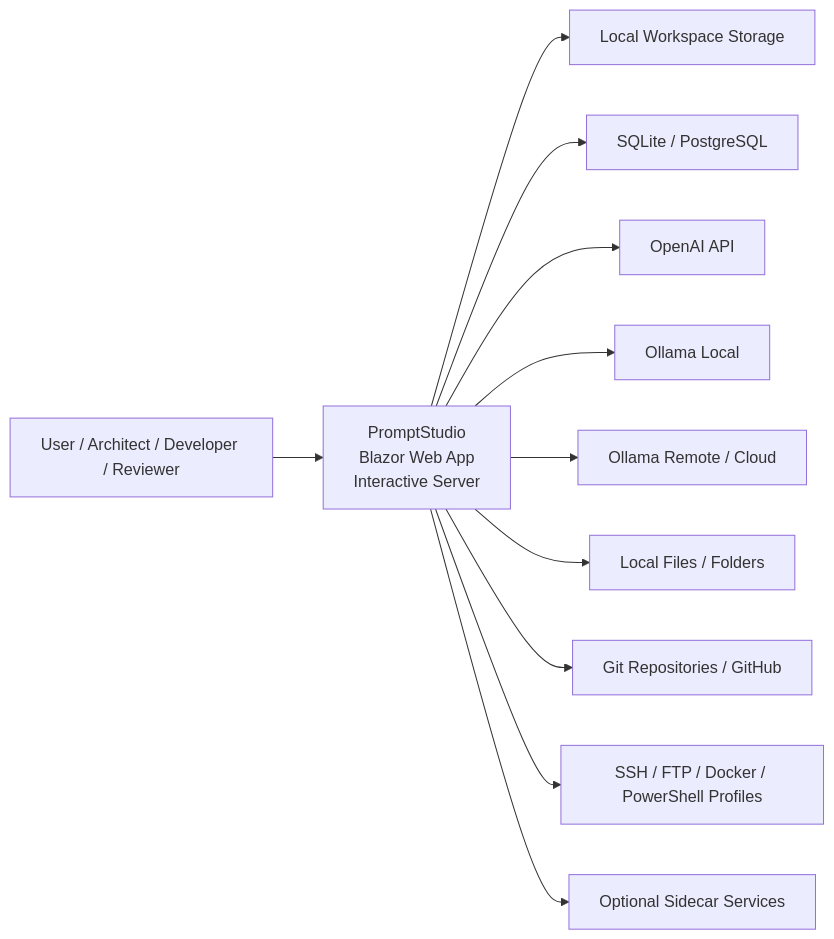
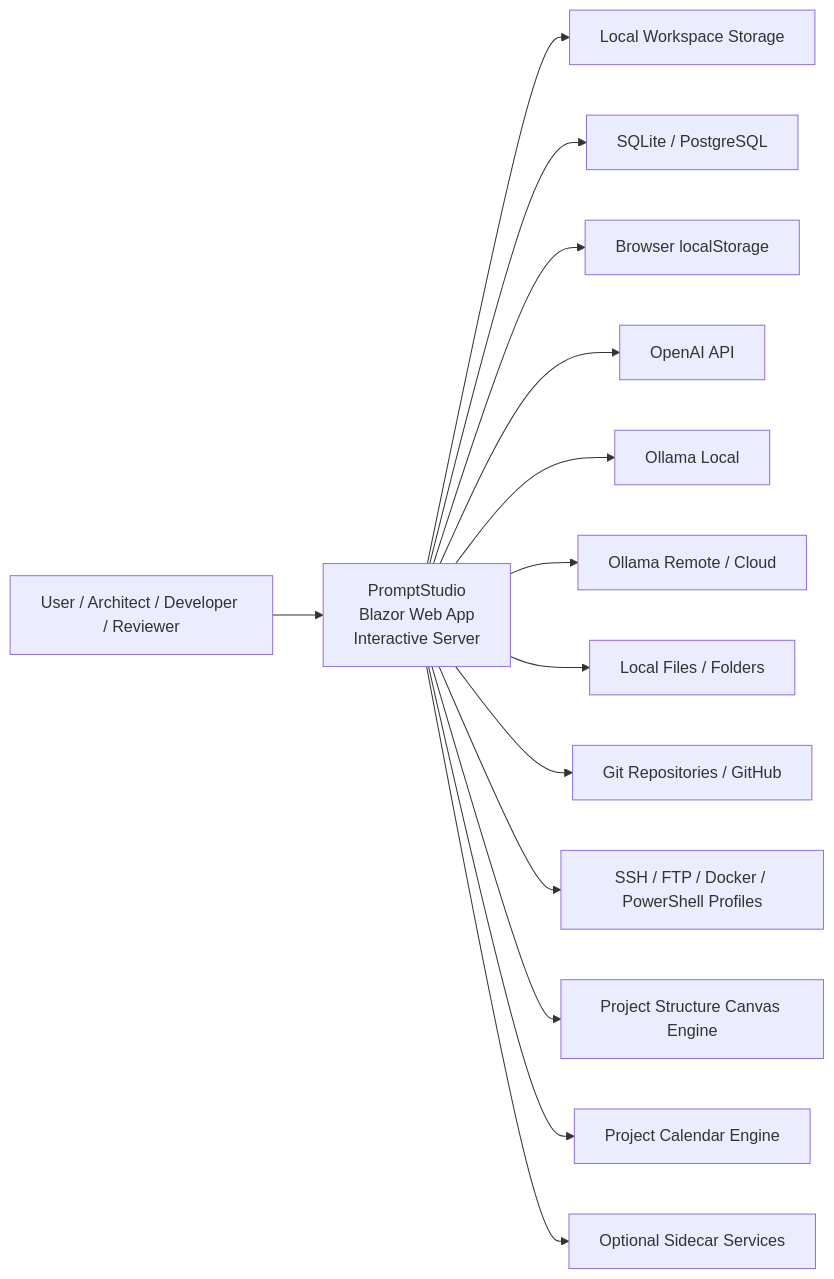
Before and after one commit to fyziktom/CanDoItAll: the diagram in PromptStudio_Architecture_Package/diagrams/01-system-context.mmd, drawn with Mermaid. The commit also changed 26 other files, not shown here.

Commit message:
improve architecture info

```diff
--- a/PromptStudio_Architecture_Package/diagrams/01-system-context.mmd
+++ b/PromptStudio_Architecture_Package/diagrams/01-system-context.mmd
@@ -1,24 +1,30 @@
 %% 01-system-context.mmd
 flowchart LR
     User["User / Architect / Developer / Reviewer"]
     PromptStudio["PromptStudio<br/>Blazor Web App<br/>Interactive Server"]
     Workspace["Local Workspace Storage"]
     DB["SQLite / PostgreSQL"]
+    BrowserState["Browser localStorage"]
     OpenAI["OpenAI API"]
     OllamaLocal["Ollama Local"]
     OllamaRemote["Ollama Remote / Cloud"]
     FileSystem["Local Files / Folders"]
     Repo["Git Repositories / GitHub"]
     Connectors["SSH / FTP / Docker / PowerShell Profiles"]
+    Canvas["Project Structure Canvas Engine"]
+    Calendar["Project Calendar Engine"]
     Sidecars["Optional Sidecar Services"]
 
     User --> PromptStudio
     PromptStudio --> Workspace
     PromptStudio --> DB
+    PromptStudio --> BrowserState
     PromptStudio --> OpenAI
     PromptStudio --> OllamaLocal
     PromptStudio --> OllamaRemote
     PromptStudio --> FileSystem
     PromptStudio --> Repo
     PromptStudio --> Connectors
+    PromptStudio --> Canvas
+    PromptStudio --> Calendar
     PromptStudio --> Sidecars
```
